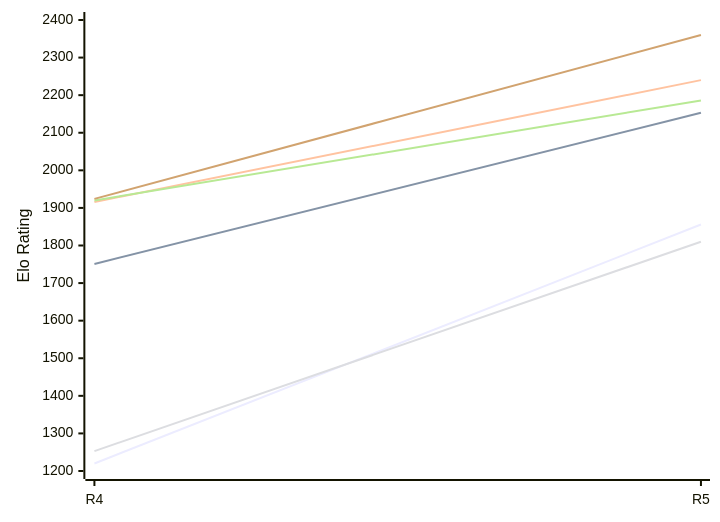
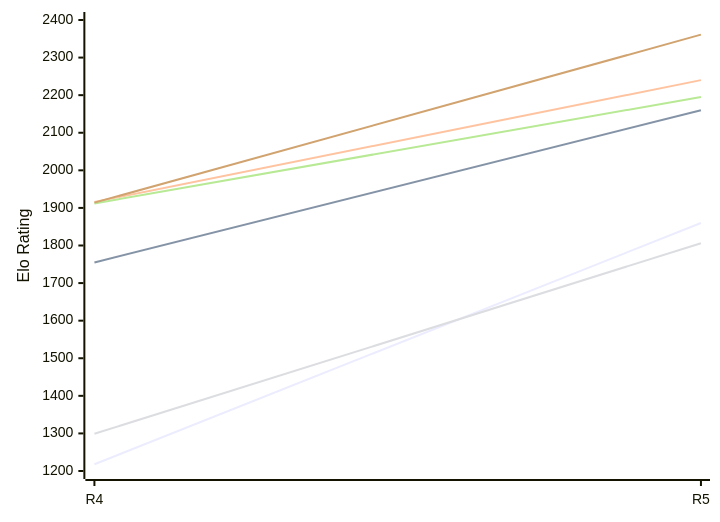
One commit to computer-chess-index/cci changed the first of 2 diagrams in engines/Viking.md. Above: the diagram before and after it, drawn with Mermaid. The commit also changed other lines of this file, not shown here.

Commit message:
Update CCI Ratings (ELO VLTC) - 2026-11-16

````diff
--- a/engines/Viking.md
+++ b/engines/Viking.md
@@ -50,12 +50,12 @@
 ```mermaid
 %%{init: {"theme":"base","themeVariables":{"seriesColors:['#a3a3a3','#222221','#faa371']}}}%%
 xychart-beta
   x-axis ["R4", "R5"]
   y-axis "Elo Rating" 1200 --> 2400
-  line "E1: STC (8.0+0.08s)" [1220, 1856]
-  line "E1: LTC (60.0+0.60s)" [1751, 2153]
+  line "E1: STC (8.0+0.08s)" [1218, 1860]
+  line "E1: LTC (60.0+0.60s)" [1755, 2160]
   line "E1: VLTC (2m24s+1.12s)" [1916, 2240]
-  line "P1: STC (8.0+0.08s)" [1253, 1810]
-  line "P1: LTC (60.0+0.60s)" [1920, 2186]
-  line "P1: VLTC (2m24s+1.12s)" [1924, 2360]
+  line "P1: STC (8.0+0.08s)" [1299, 1806]
+  line "P1: LTC (60.0+0.60s)" [1912, 2195]
+  line "P1: VLTC (2m24s+1.12s)" [1914, 2361]
 ```
````
